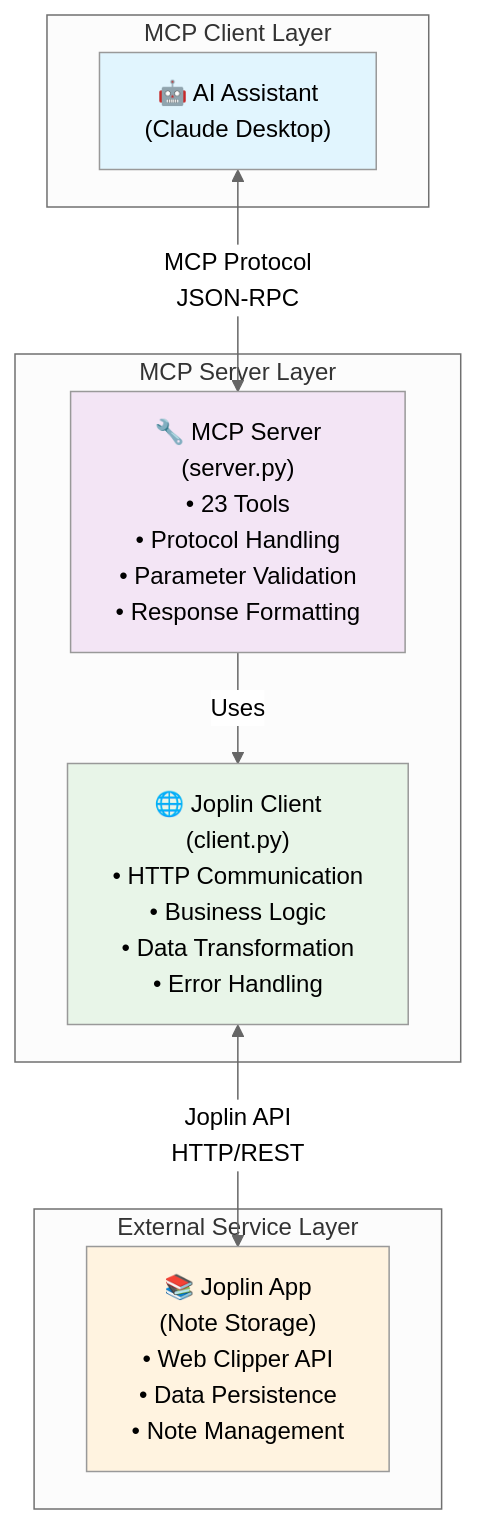
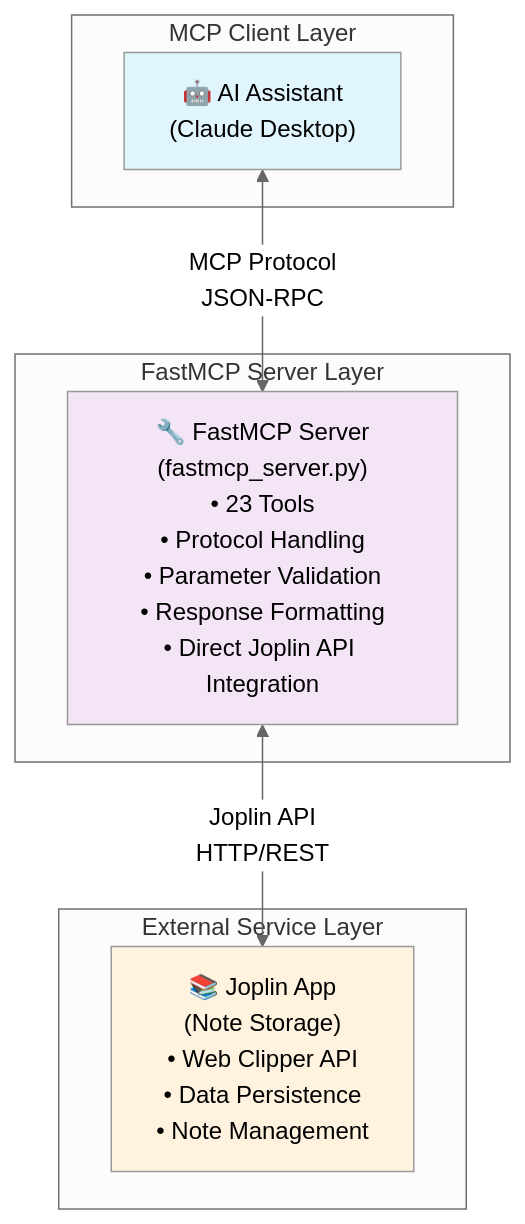
The diagram in README.md (alondmnt/joplin-mcp), drawn with Mermaid (neutral theme) before and after one commit. The commit also changed other lines of this file, not shown here.

````diff
--- a/README.md
+++ b/README.md
@@ -779,24 +556,21 @@
 ```mermaid
 graph TB
     subgraph "MCP Client Layer"
         AI["🤖 AI Assistant<br/>(Claude Desktop)"]
     end
     
-    subgraph "MCP Server Layer"
-        SERVER["🔧 MCP Server<br/>(server.py)<br/>• 23 Tools<br/>• Protocol Handling<br/>• Parameter Validation<br/>• Response Formatting"]
-        CLIENT["🌐 Joplin Client<br/>(client.py)<br/>• HTTP Communication<br/>• Business Logic<br/>• Data Transformation<br/>• Error Handling"]
+    subgraph "FastMCP Server Layer"
+        SERVER["🔧 FastMCP Server<br/>(fastmcp_server.py)<br/>• 23 Tools<br/>• Protocol Handling<br/>• Parameter Validation<br/>• Response Formatting<br/>• Direct Joplin API Integration"]
     end
     
     subgraph "External Service Layer"
         JOPLIN["📚 Joplin App<br/>(Note Storage)<br/>• Web Clipper API<br/>• Data Persistence<br/>• Note Management"]
     end
     
     AI <-->|"MCP Protocol<br/>JSON-RPC"| SERVER
-    SERVER -->|"Uses"| CLIENT
-    CLIENT <-->|"Joplin API<br/>HTTP/REST"| JOPLIN
+    SERVER <-->|"Joplin API<br/>HTTP/REST"| JOPLIN
     
     style AI fill:#e1f5fe
     style SERVER fill:#f3e5f5
-    style CLIENT fill:#e8f5e8
     style JOPLIN fill:#fff3e0
 ```
````
